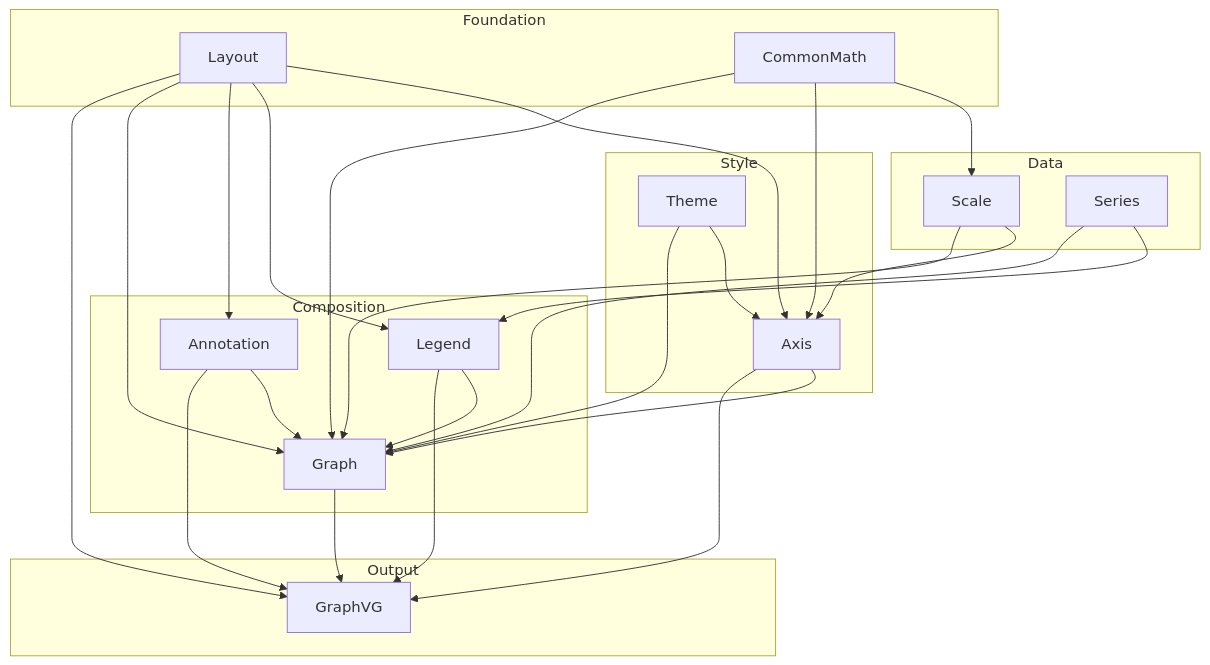
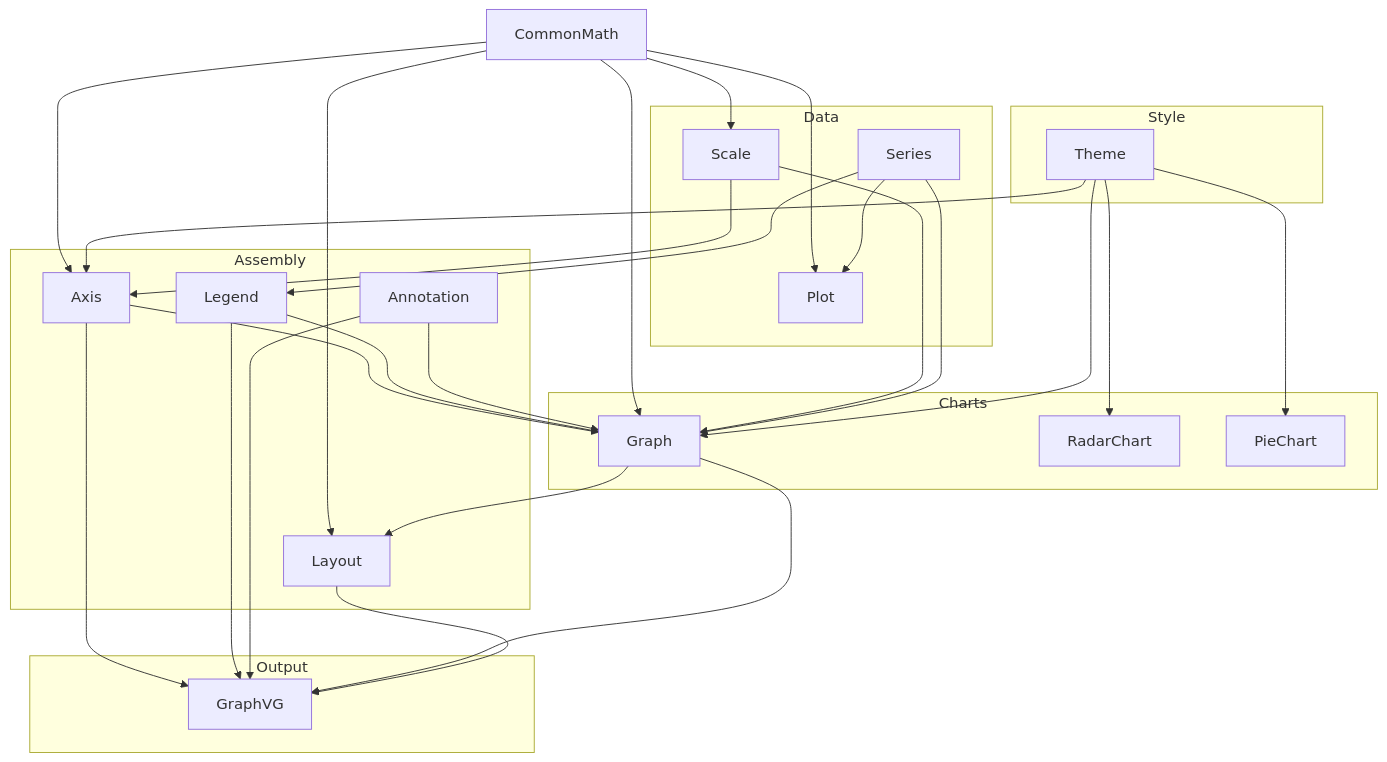
One commit to ChrisNikkel/GraphVG changed the diagram in DESIGN.md. Above: the diagram before and after it, drawn with Mermaid. The commit also changed other lines of this file and 6 other files, not shown here.

Commit message:
feat: add retro themes and standalone chart types with corresponding examples

````diff
--- a/DESIGN.md
+++ b/DESIGN.md
@@ -9,49 +9,55 @@
 ```mermaid
 flowchart TD
-    subgraph "Foundation"
-        LY[Layout]
-        CM[CommonMath]
-    end
+    CM[CommonMath]
 
     subgraph "Data"
         SC[Scale]
         SR[Series]
+        PL[Plot]
     end
 
     subgraph "Style"
         TH[Theme]
-        AX[Axis]
     end
 
-    subgraph "Composition"
+    subgraph "Assembly"
+        AX[Axis]
         LG[Legend]
         AN[Annotation]
+        LY[Layout]
+    end
+
+    subgraph "Charts"
         GR[Graph]
+        RC[RadarChart]
+        PC[PieChart]
     end
 
     subgraph "Output"
         GVG[GraphVG]
     end
 
-    LY --> AX
-    LY --> LG
-    LY --> AN
-    LY --> GR
-    LY --> GVG
     CM --> SC
     CM --> AX
     CM --> GR
+    CM --> PL
+    CM --> LY
     SC --> AX
     SC --> GR
     SR --> LG
     SR --> GR
+    SR --> PL
     TH --> AX
     TH --> GR
+    TH --> RC
+    TH --> PC
     AX --> GR
+    AX --> GVG
     LG --> GR
+    LG --> GVG
     AN --> GR
-    AX --> GVG
-    LG --> GVG
     AN --> GVG
     GR --> GVG
+    GR --> LY
+    LY --> GVG
 ```
````
